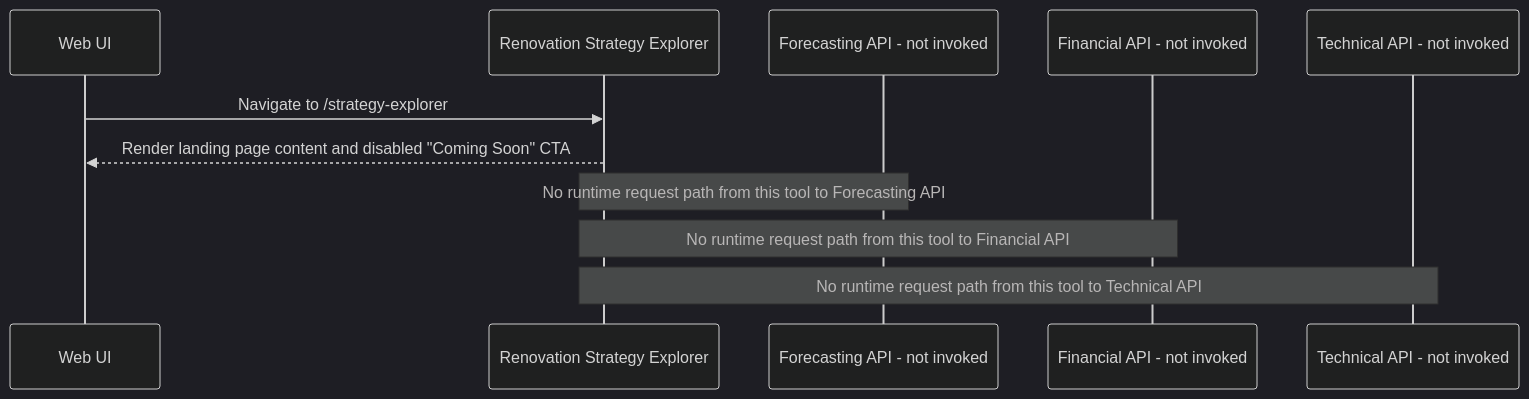
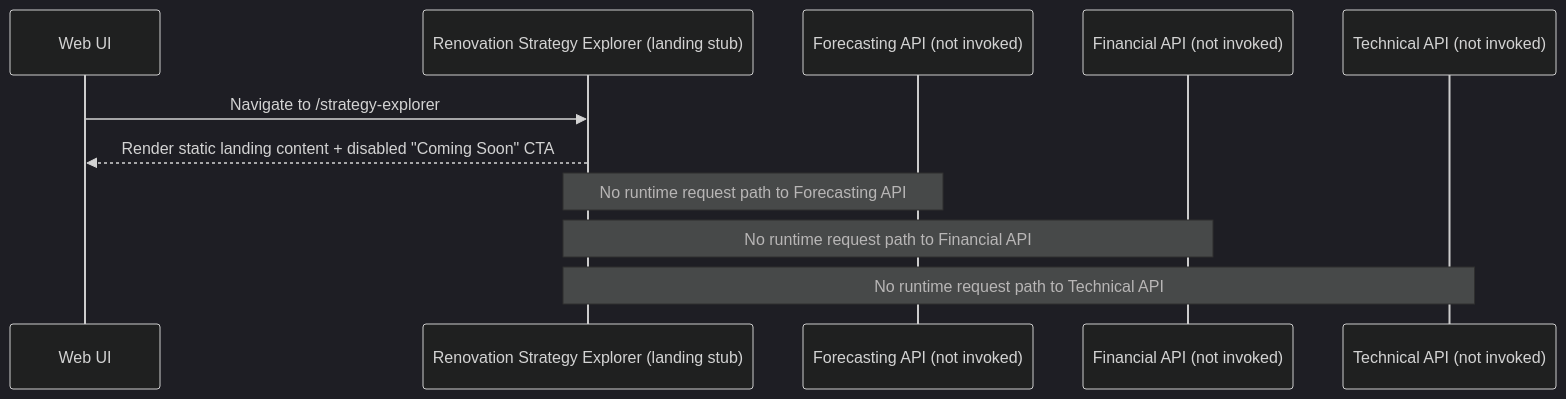
One commit to ReLIFE-Project-EU/relife-web-ui changed the third of 3 diagrams in README.md. Above: the diagram before and after it, drawn with Mermaid (dark theme). The commit also changed other lines of this file and 1 other file, not shown here.

Commit message:
📝 Revise README and SKILL.md for clarity on tool sequences and implementation status

````diff
--- a/README.md
+++ b/README.md
@@ -92,14 +99,14 @@
 ```mermaid
 sequenceDiagram
     participant UI as Web UI
-    participant RSE as Renovation Strategy Explorer
-    participant FCAST as Forecasting API - not invoked
-    participant FIN as Financial API - not invoked
-    participant TECH as Technical API - not invoked
+    participant RSE as Renovation Strategy Explorer (landing stub)
+    participant FCAST as Forecasting API (not invoked)
+    participant FIN as Financial API (not invoked)
+    participant TECH as Technical API (not invoked)
 
     UI->>RSE: Navigate to /strategy-explorer
-    RSE-->>UI: Render landing page content and disabled "Coming Soon" CTA
-    Note over RSE,FCAST: No runtime request path from this tool to Forecasting API
-    Note over RSE,FIN: No runtime request path from this tool to Financial API
-    Note over RSE,TECH: No runtime request path from this tool to Technical API
+    RSE-->>UI: Render static landing content + disabled "Coming Soon" CTA
+    Note over RSE,FCAST: No runtime request path to Forecasting API
+    Note over RSE,FIN: No runtime request path to Financial API
+    Note over RSE,TECH: No runtime request path to Technical API
 ```
````
